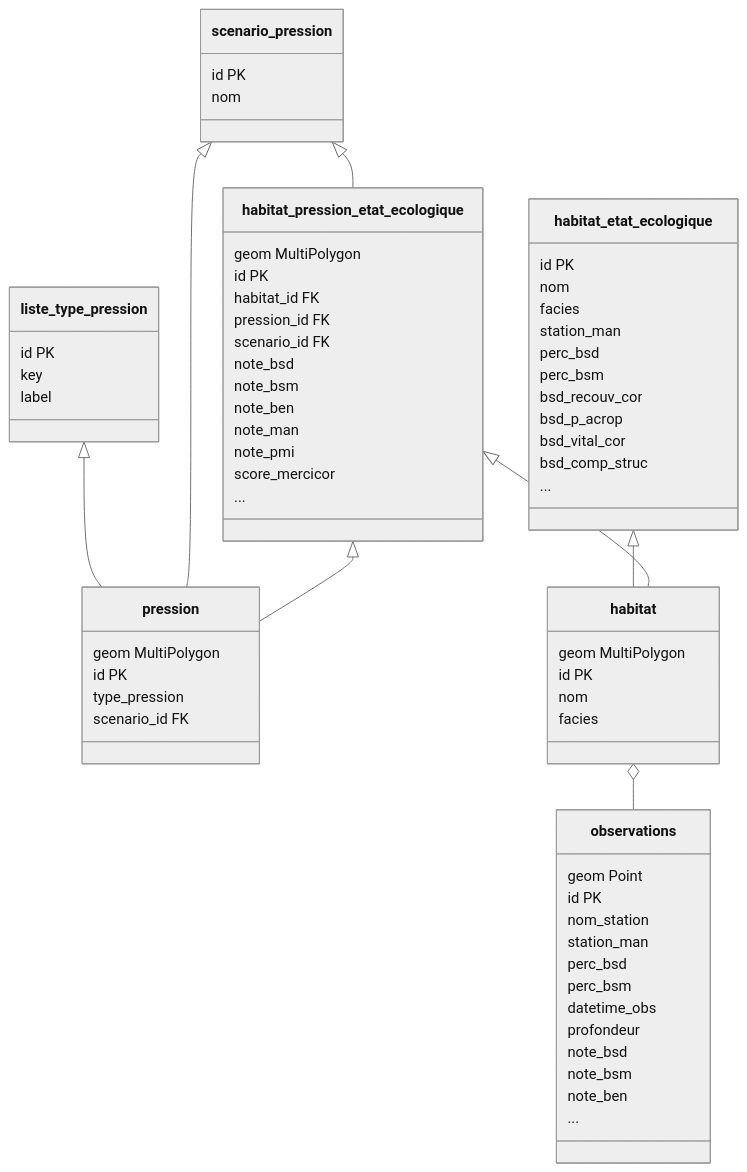
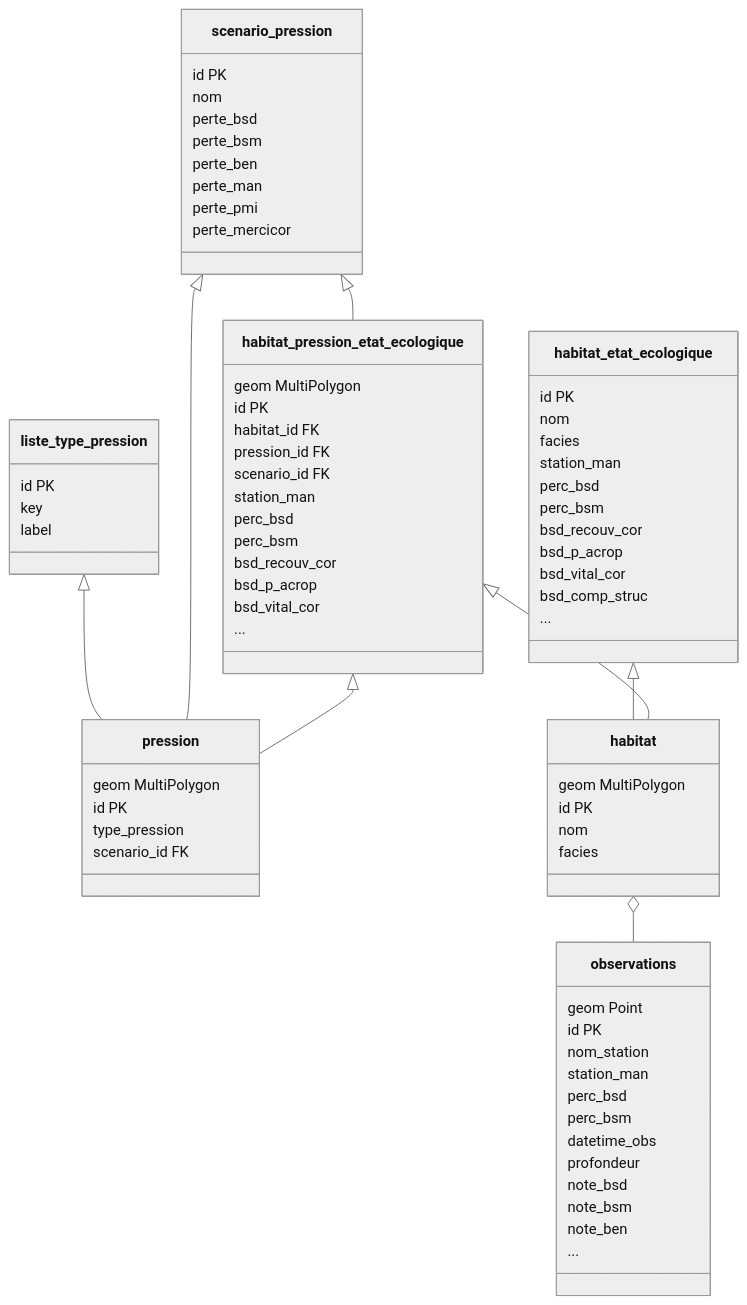
The diagram in docs/model/index.md (3liz/qgis-mercicor-plugin), drawn with Mermaid (neutral theme) before and after one commit. The commit also changed other lines of this file and 1 other file, not shown here.

````diff
--- a/docs/model/index.md
+++ b/docs/model/index.md
@@ -15,65 +15,71 @@
 ```mermaid
 classDiagram
 habitat_pression_etat_ecologique
 pression
 habitat
 scenario_pression
 liste_type_pression
 observations
 habitat_etat_ecologique
 liste_type_pression <|-- pression
 scenario_pression <|-- pression
 scenario_pression <|-- habitat_pression_etat_ecologique
 habitat_etat_ecologique <|-- habitat
 habitat_pression_etat_ecologique <|-- habitat
 habitat_pression_etat_ecologique <|-- pression
 habitat o-- observations
 habitat_pression_etat_ecologique : geom MultiPolygon
 habitat_pression_etat_ecologique : id PK
 habitat_pression_etat_ecologique : habitat_id FK
 habitat_pression_etat_ecologique : pression_id FK
 habitat_pression_etat_ecologique : scenario_id FK
-habitat_pression_etat_ecologique : note_bsd
-habitat_pression_etat_ecologique : note_bsm
-habitat_pression_etat_ecologique : note_ben
-habitat_pression_etat_ecologique : note_man
-habitat_pression_etat_ecologique : note_pmi
-habitat_pression_etat_ecologique : score_mercicor
+habitat_pression_etat_ecologique : station_man
+habitat_pression_etat_ecologique : perc_bsd
+habitat_pression_etat_ecologique : perc_bsm
+habitat_pression_etat_ecologique : bsd_recouv_cor
+habitat_pression_etat_ecologique : bsd_p_acrop
+habitat_pression_etat_ecologique : bsd_vital_cor
 habitat_pression_etat_ecologique : ...
 pression : geom MultiPolygon
 pression : id PK
 pression : type_pression
 pression : scenario_id FK
 habitat : geom MultiPolygon
 habitat : id PK
 habitat : nom
 habitat : facies
 scenario_pression : id PK
 scenario_pression : nom
+scenario_pression : perte_bsd
+scenario_pression : perte_bsm
+scenario_pression : perte_ben
+scenario_pression : perte_man
+scenario_pression : perte_pmi
+scenario_pression : perte_mercicor
 liste_type_pression : id PK
 liste_type_pression : key
 liste_type_pression : label
 observations : geom Point
 observations : id PK
 observations : nom_station
 observations : station_man
 observations : perc_bsd
 observations : perc_bsm
 observations : datetime_obs
 observations : profondeur
 observations : note_bsd
 observations : note_bsm
 observations : note_ben
 observations : ...
 habitat_etat_ecologique : id PK
 habitat_etat_ecologique : nom
 habitat_etat_ecologique : facies
 habitat_etat_ecologique : station_man
 habitat_etat_ecologique : perc_bsd
 habitat_etat_ecologique : perc_bsm
 habitat_etat_ecologique : bsd_recouv_cor
 habitat_etat_ecologique : bsd_p_acrop
 habitat_etat_ecologique : bsd_vital_cor
 habitat_etat_ecologique : bsd_comp_struc
 habitat_etat_ecologique : ...
 ```
````
